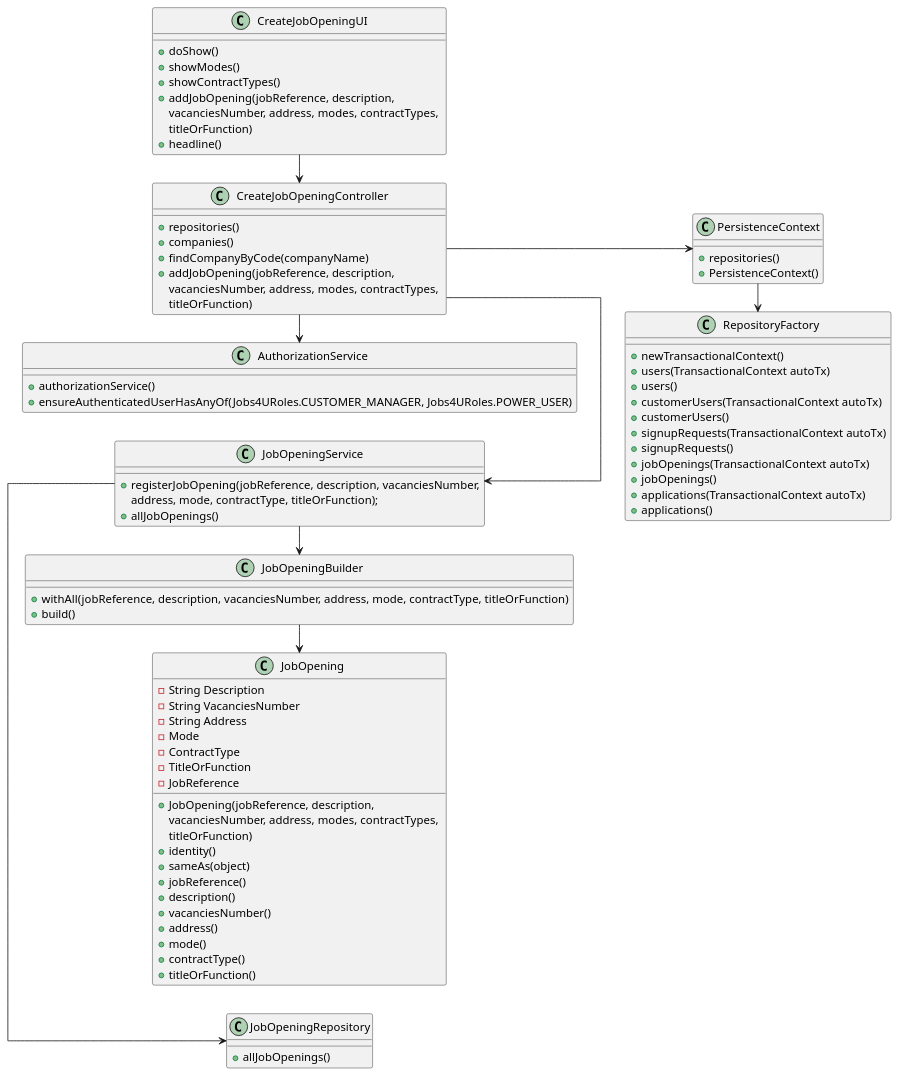
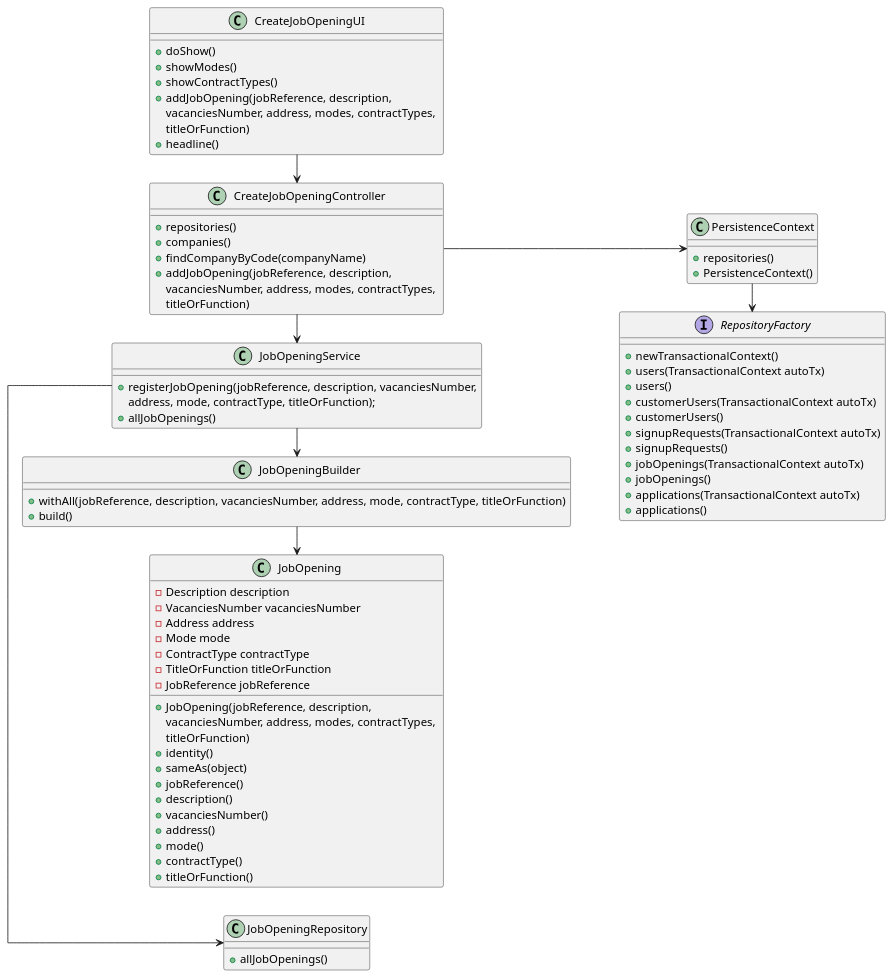
One commit to MiguelCardoso77/LAPR4 changed the diagram in docs/SprintB/1002/1002-class-diagram.puml. Above: the diagram before and after it, drawn with PlantUML. The commit also changed 3 other files, not shown here.

Commit message:
sequence diagram and class diagram updated #10

```diff
--- a/docs/SprintB/1002/1002-class-diagram.puml
+++ b/docs/SprintB/1002/1002-class-diagram.puml
@@ -1,100 +1,94 @@
 @startuml
 skinparam linetype ortho
 left to right direction
 
 class CreateJobOpeningUI {
     + doShow()
     + showModes()
     + showContractTypes()
     + addJobOpening(jobReference, description,
     vacanciesNumber, address, modes, contractTypes, \ntitleOrFunction)
     +headline()
 }
 
 class CreateJobOpeningController {
     + repositories()
     + companies()
     + findCompanyByCode(companyName)
     + addJobOpening(jobReference, description,
     vacanciesNumber, address, modes, contractTypes, \ntitleOrFunction)
 }
 
 class JobOpening {
-   - String Description
-   - String VacanciesNumber
-   - String Address
-   - Mode
-   - ContractType
-   - TitleOrFunction
-   - JobReference
+   - Description description
+   - VacanciesNumber vacanciesNumber
+   - Address address
+   - Mode mode
+   - ContractType contractType
+   - TitleOrFunction titleOrFunction
+   - JobReference jobReference
 
    + JobOpening(jobReference, description,
    vacanciesNumber, address, modes, contractTypes, \ntitleOrFunction)
    + identity()
    + sameAs(object)
    + jobReference()
    + description()
    + vacanciesNumber()
    + address()
    + mode()
    + contractType()
    + titleOrFunction()
 }
 
 class JobOpeningRepository {
     + allJobOpenings()
 }
 
 class JobOpeningService {
     + registerJobOpening(jobReference, description, vacanciesNumber,
     address, mode, contractType, titleOrFunction);
     + allJobOpenings()
 }
 
 class JobOpeningBuilder {
     + withAll(jobReference, description, vacanciesNumber, address, mode, contractType, titleOrFunction)
     + build()
 }
 
-class AuthorizationService {
-    + authorizationService()
-    + ensureAuthenticatedUserHasAnyOf(Jobs4URoles.CUSTOMER_MANAGER, Jobs4URoles.POWER_USER)
-}
 
 class PersistenceContext {
     + repositories()
     + PersistenceContext()
 }
 
-class RepositoryFactory {
+interface RepositoryFactory {
     + newTransactionalContext()
     + users(TransactionalContext autoTx)
     + users()
     + customerUsers(TransactionalContext autoTx)
     + customerUsers()
     + signupRequests(TransactionalContext autoTx)
     + signupRequests()
     + jobOpenings(TransactionalContext autoTx)
     + jobOpenings()
     + applications(TransactionalContext autoTx)
     + applications()
 }
 
 
 CreateJobOpeningUI -> CreateJobOpeningController
 
 CreateJobOpeningController --> PersistenceContext
 
 CreateJobOpeningController -> JobOpeningService
 
-CreateJobOpeningController -> AuthorizationService
-
 JobOpeningService -> JobOpeningRepository
 
 JobOpeningService -> JobOpeningBuilder
 
 JobOpeningBuilder -> JobOpening
 
 PersistenceContext -> RepositoryFactory
 
 @enduml
```
